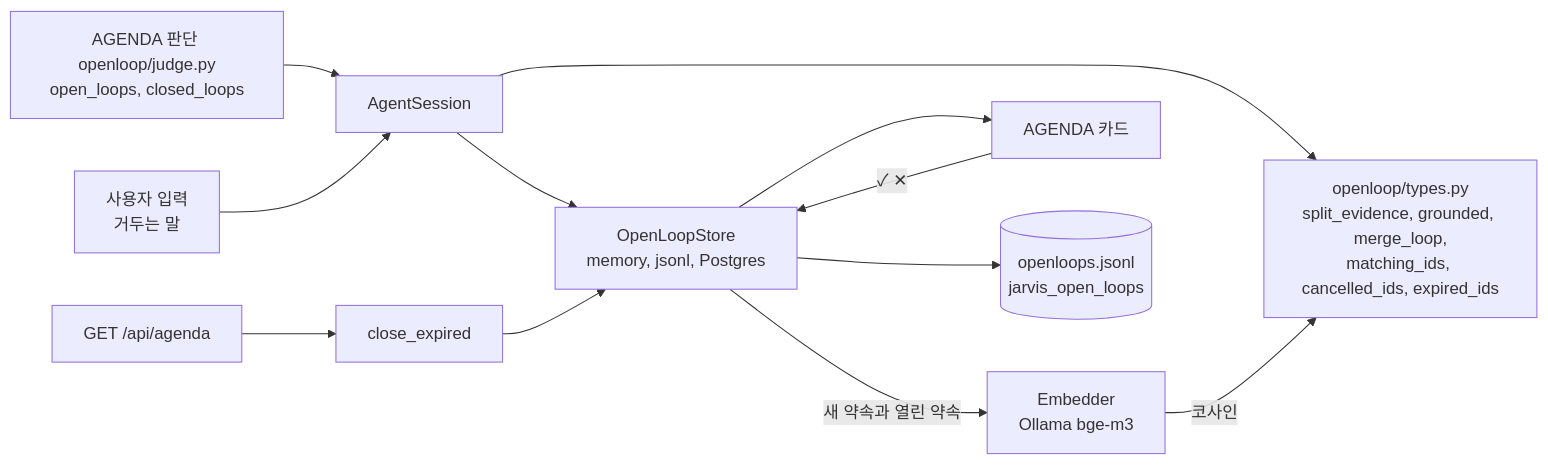
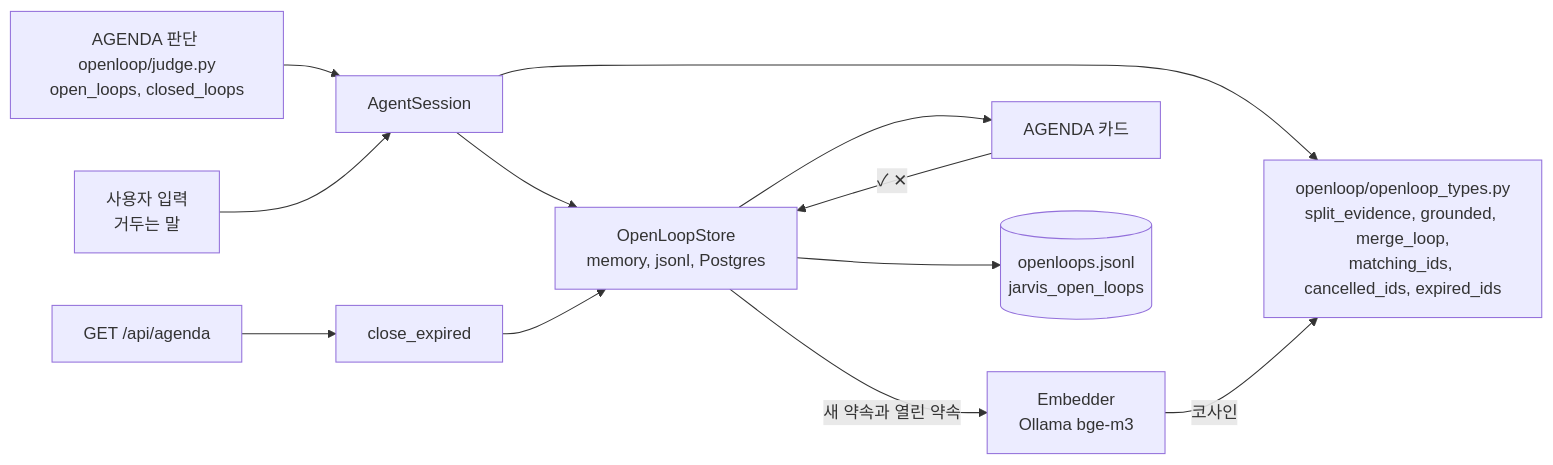
Before and after one commit to ash-hun/jarvis-agent: the second of 2 diagrams in website/docs/concepts/conversation/open-loop.md, drawn with Mermaid. The commit also changed other lines of this file and 336 other files, not shown here.

````diff
--- a/website/docs/concepts/conversation/open-loop.md
+++ b/website/docs/concepts/conversation/open-loop.md
@@ -166,14 +166,14 @@
 ```mermaid
 flowchart LR
   ENG[AGENDA 판단 openloop/judge.py<br/>open_loops, closed_loops] --> SES[AgentSession]
   IN[사용자 입력<br/>거두는 말] --> SES
-  SES --> T[openloop/types.py<br/>split_evidence, grounded, merge_loop,<br/>matching_ids, cancelled_ids, expired_ids]
+  SES --> T[openloop/openloop_types.py<br/>split_evidence, grounded, merge_loop,<br/>matching_ids, cancelled_ids, expired_ids]
   SES --> ST[OpenLoopStore<br/>memory, jsonl, Postgres]
   ST -->|새 약속과 열린 약속| EMB[Embedder<br/>Ollama bge-m3]
   EMB -->|코사인| T
   API["GET /api/agenda"] --> EXP[close_expired]
   EXP --> ST
   ST --> AG[AGENDA 카드]
   AG -->|✓ ✕| ST
   ST --> DB[(openloops.jsonl<br/>jarvis_open_loops)]
 ```
````
